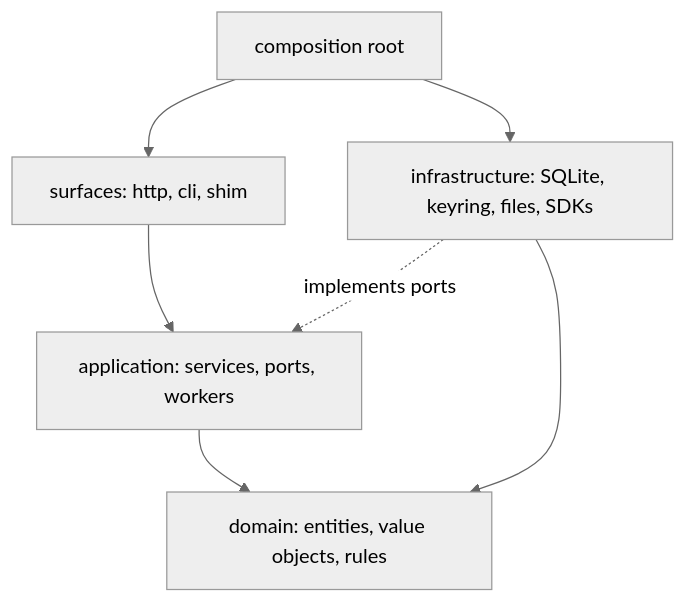
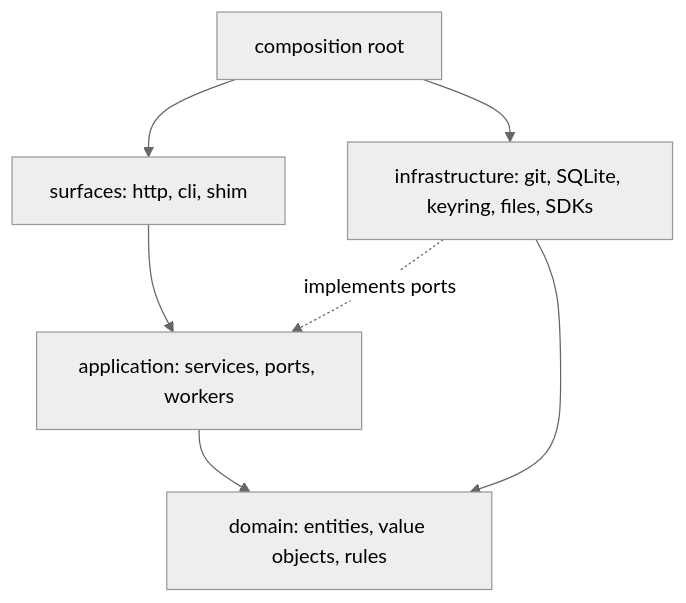
One commit to wyx-sg/Coffer changed the first of 2 diagrams in docs-site/architecture/layering.md. Above: the diagram before and after it, drawn with Mermaid (neutral theme). The commit also changed other lines of this file and 88 other files, not shown here.

````diff
--- a/docs-site/architecture/layering.md
+++ b/docs-site/architecture/layering.md
@@ -21,14 +21,14 @@
 ```mermaid
 flowchart TB
   S["surfaces: http, cli, shim"]
   A["application: services, ports, workers"]
   D["domain: entities, value objects, rules"]
-  I["infrastructure: SQLite, keyring, files, SDKs"]
+  I["infrastructure: git, SQLite, keyring, files, SDKs"]
   CR["composition root"]
   S --> A
   A --> D
   I -.->|implements ports| A
   I --> D
   CR --> S
   CR --> I
 ```
````
